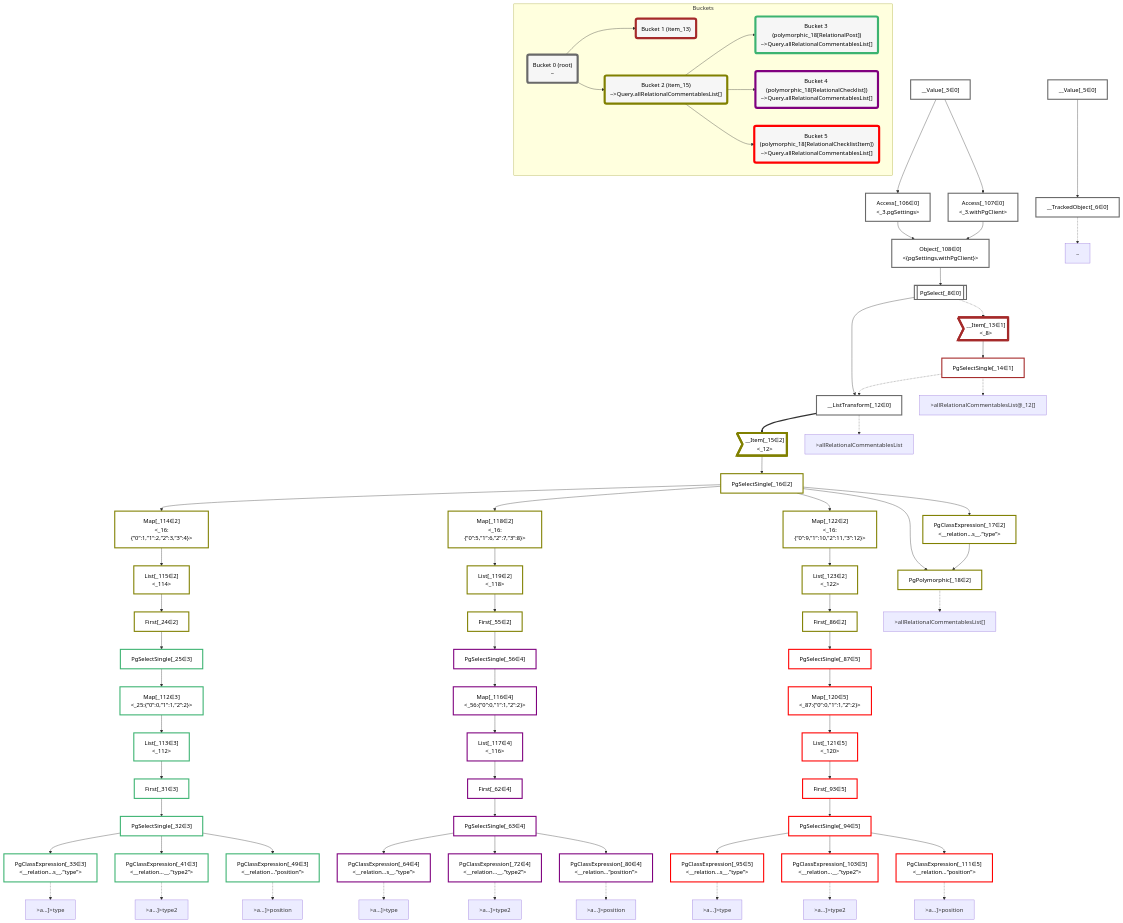
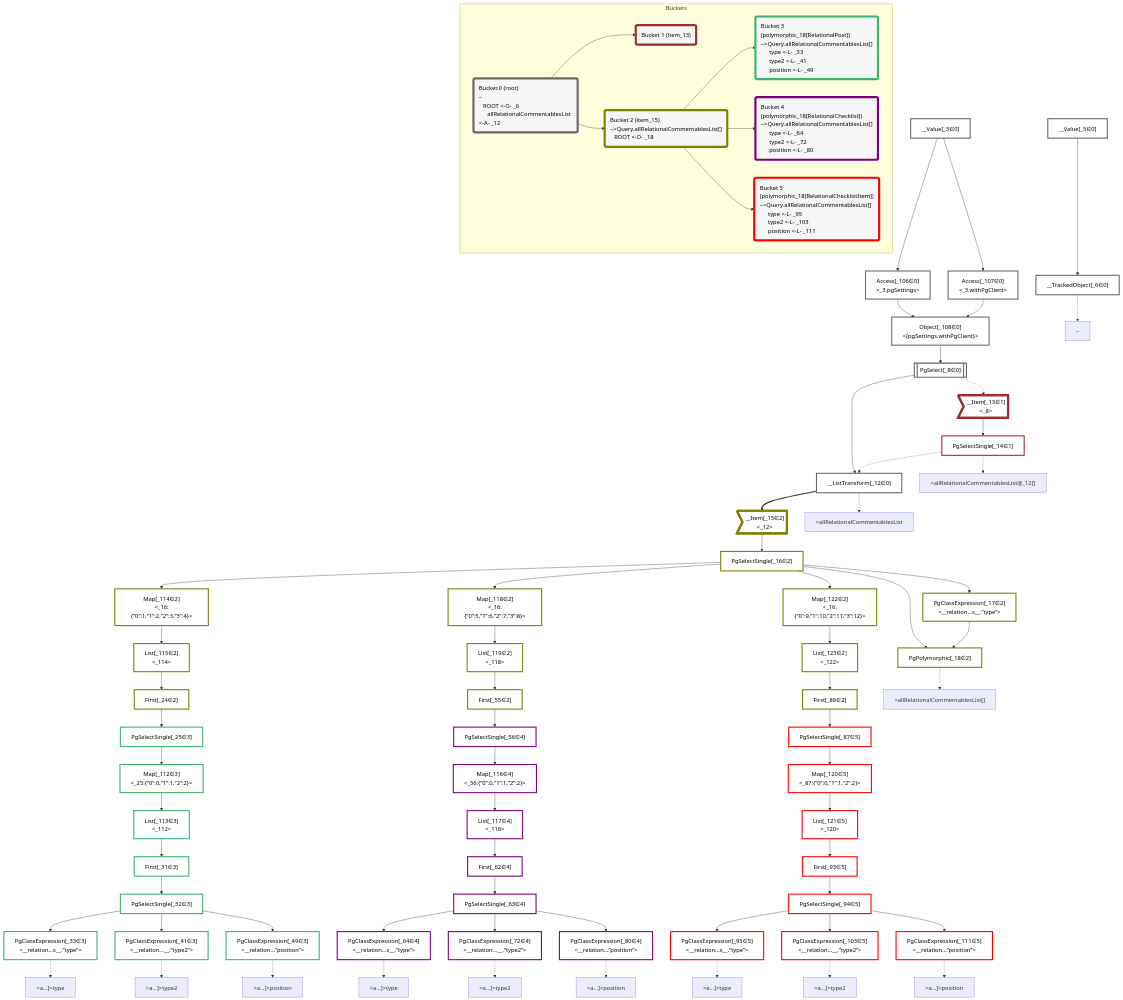
Before and after one commit to graphile/crystal: the diagram in packages/dataplan-pg/__tests__/queries/interfaces-relational/commentables-simple.mermaid.md, drawn with Mermaid. The commit also changed 195 other files, not shown here.

```diff
--- a/packages/dataplan-pg/__tests__/queries/interfaces-relational/commentables-simple.mermaid.md
+++ b/packages/dataplan-pg/__tests__/queries/interfaces-relational/commentables-simple.mermaid.md
@@ -4,7 +4,7 @@
     classDef plan fill:#fff,stroke-width:3px,color:#000
     classDef itemplan fill:#fff,stroke-width:6px,color:#000
     classDef sideeffectplan fill:#f00,stroke-width:6px,color:#000
-    classDef bucket fill:#f6f6f6,color:#000,stroke-width:6px
+    classDef bucket fill:#f6f6f6,color:#000,stroke-width:6px,text-align:left
 
 
     %% define plans
@@ -149,21 +149,21 @@
     class PgSelectSingle_87,First_93,PgSelectSingle_94,PgClassExpression_95,PgClassExpression_103,PgClassExpression_111,Map_120,List_121 bucket5
 
     subgraph Buckets
-    Bucket0("Bucket 0 (root)<br />~"):::bucket
+    Bucket0("Bucket 0 (root)<br />~<br />⠀ROOT <-O- _6<br />⠀⠀allRelationalCommentablesList <-A- _12"):::bucket
     style Bucket0 stroke:#696969
     Bucket1("Bucket 1 (item_13)"):::bucket
     style Bucket1 stroke:#a52a2a
     Bucket0 --> Bucket1
-    Bucket2("Bucket 2 (item_15)<br />~>Query.allRelationalCommentablesList[]"):::bucket
+    Bucket2("Bucket 2 (item_15)<br />~>Query.allRelationalCommentablesList[]<br />⠀ROOT <-O- _18"):::bucket
     style Bucket2 stroke:#808000
     Bucket0 --> Bucket2
-    Bucket3("Bucket 3 (polymorphic_18[RelationalPost])<br />~>Query.allRelationalCommentablesList[]"):::bucket
+    Bucket3("Bucket 3 (polymorphic_18[RelationalPost])<br />~>Query.allRelationalCommentablesList[]<br />⠀⠀type <-L- _33<br />⠀⠀type2 <-L- _41<br />⠀⠀position <-L- _49"):::bucket
     style Bucket3 stroke:#3cb371
     Bucket2 --> Bucket3
-    Bucket4("Bucket 4 (polymorphic_18[RelationalChecklist])<br />~>Query.allRelationalCommentablesList[]"):::bucket
+    Bucket4("Bucket 4 (polymorphic_18[RelationalChecklist])<br />~>Query.allRelationalCommentablesList[]<br />⠀⠀type <-L- _64<br />⠀⠀type2 <-L- _72<br />⠀⠀position <-L- _80"):::bucket
     style Bucket4 stroke:#7f007f
     Bucket2 --> Bucket4
-    Bucket5("Bucket 5 (polymorphic_18[RelationalChecklistItem])<br />~>Query.allRelationalCommentablesList[]"):::bucket
+    Bucket5("Bucket 5 (polymorphic_18[RelationalChecklistItem])<br />~>Query.allRelationalCommentablesList[]<br />⠀⠀type <-L- _95<br />⠀⠀type2 <-L- _103<br />⠀⠀position <-L- _111"):::bucket
     style Bucket5 stroke:#ff0000
     Bucket2 --> Bucket5
     end
```
